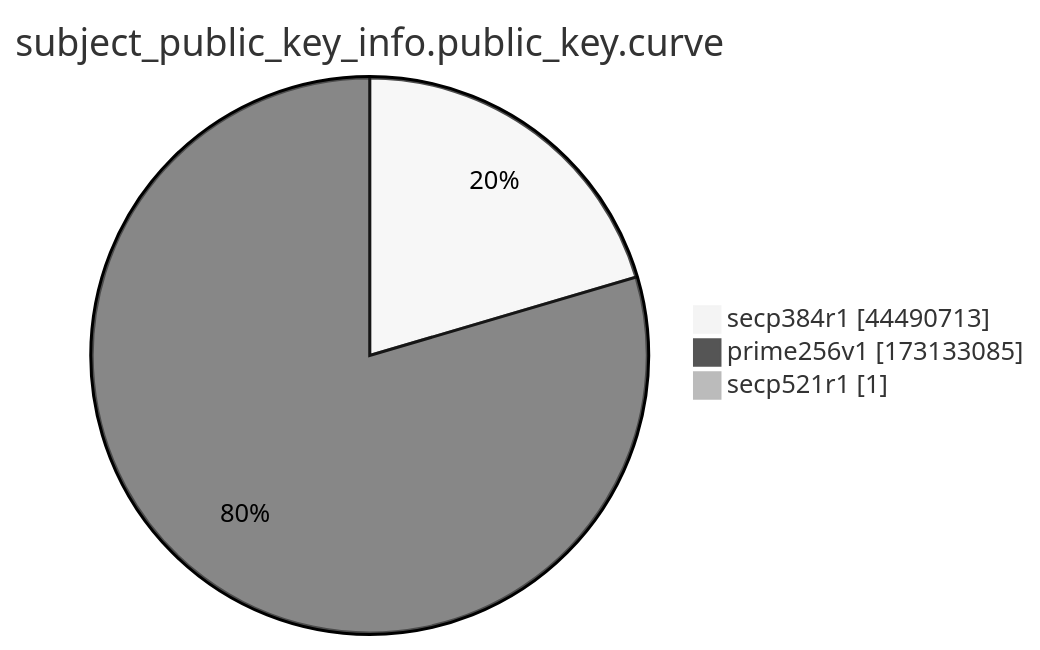
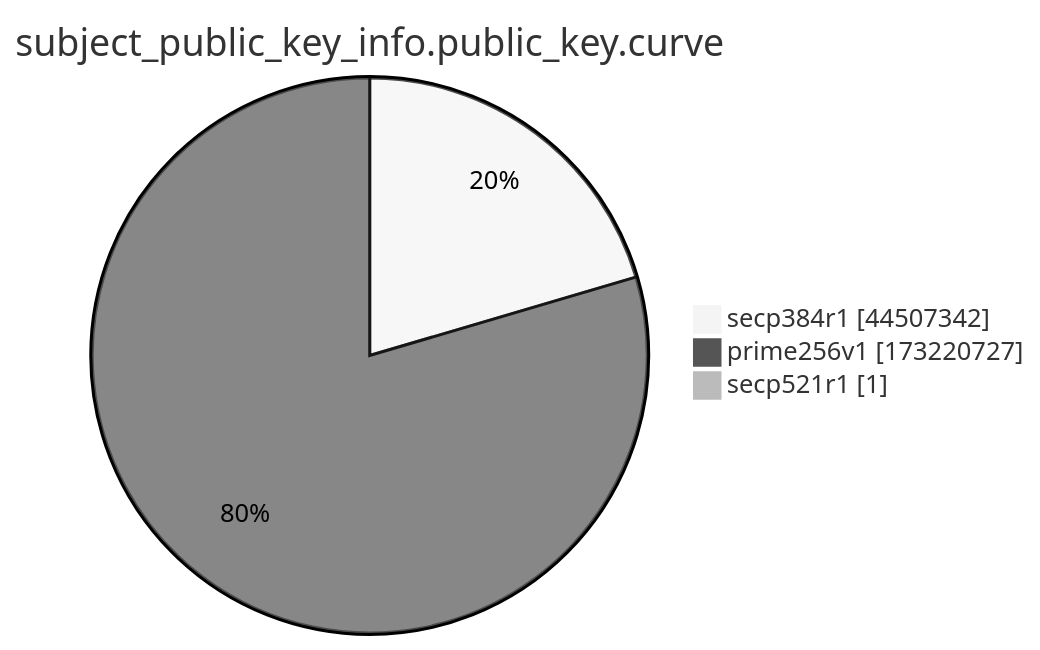
The ninth of 15 diagrams in xenon2022/README.md (christiankrug/ctmonitor_visualization), drawn with Mermaid (neutral theme) before and after one commit. The commit also changed other lines of this file, not shown here.

````diff
--- a/xenon2022/README.md
+++ b/xenon2022/README.md
@@ -2871,7 +2871,7 @@
 ```mermaid
 pie showData
 title subject_public_key_info.public_key.curve
-"secp384r1" :44490713
-"prime256v1" :173133085
+"secp384r1" :44507342
+"prime256v1" :173220727
 "secp521r1" :1
 ```
````
